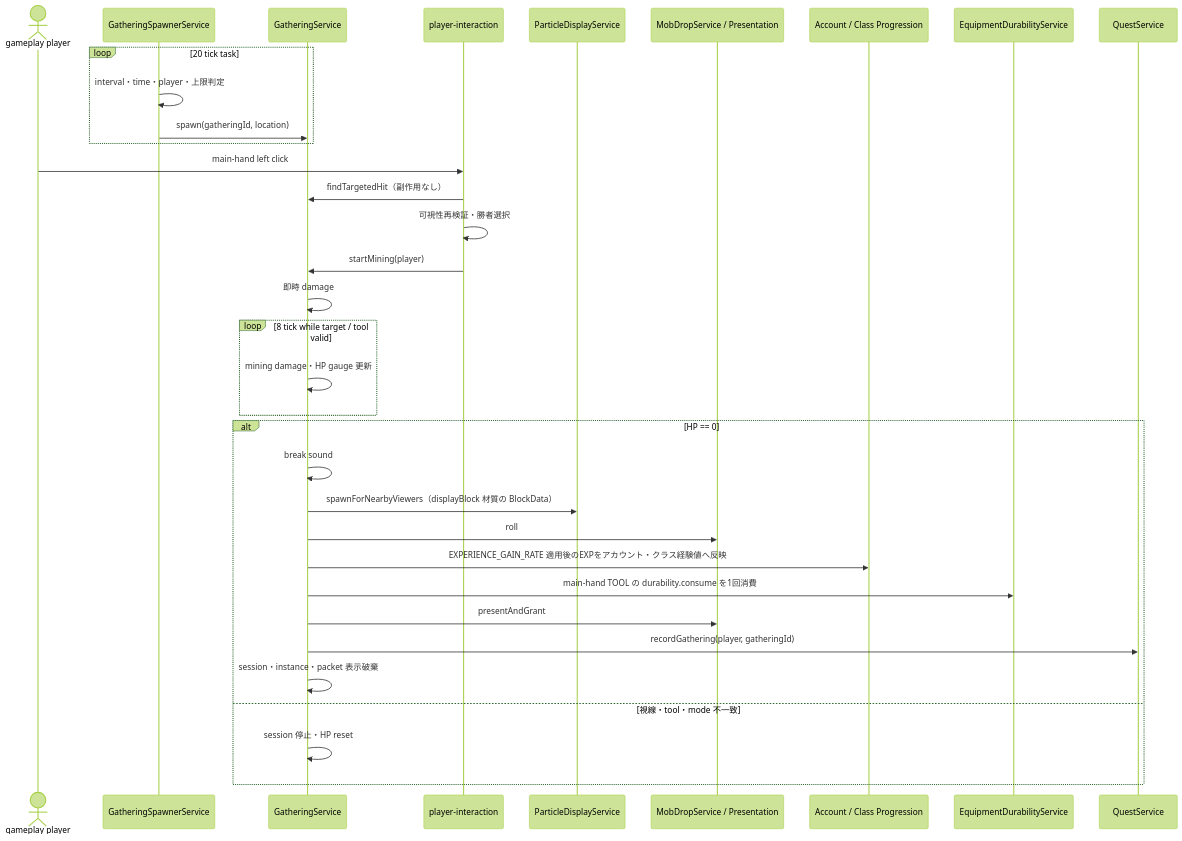
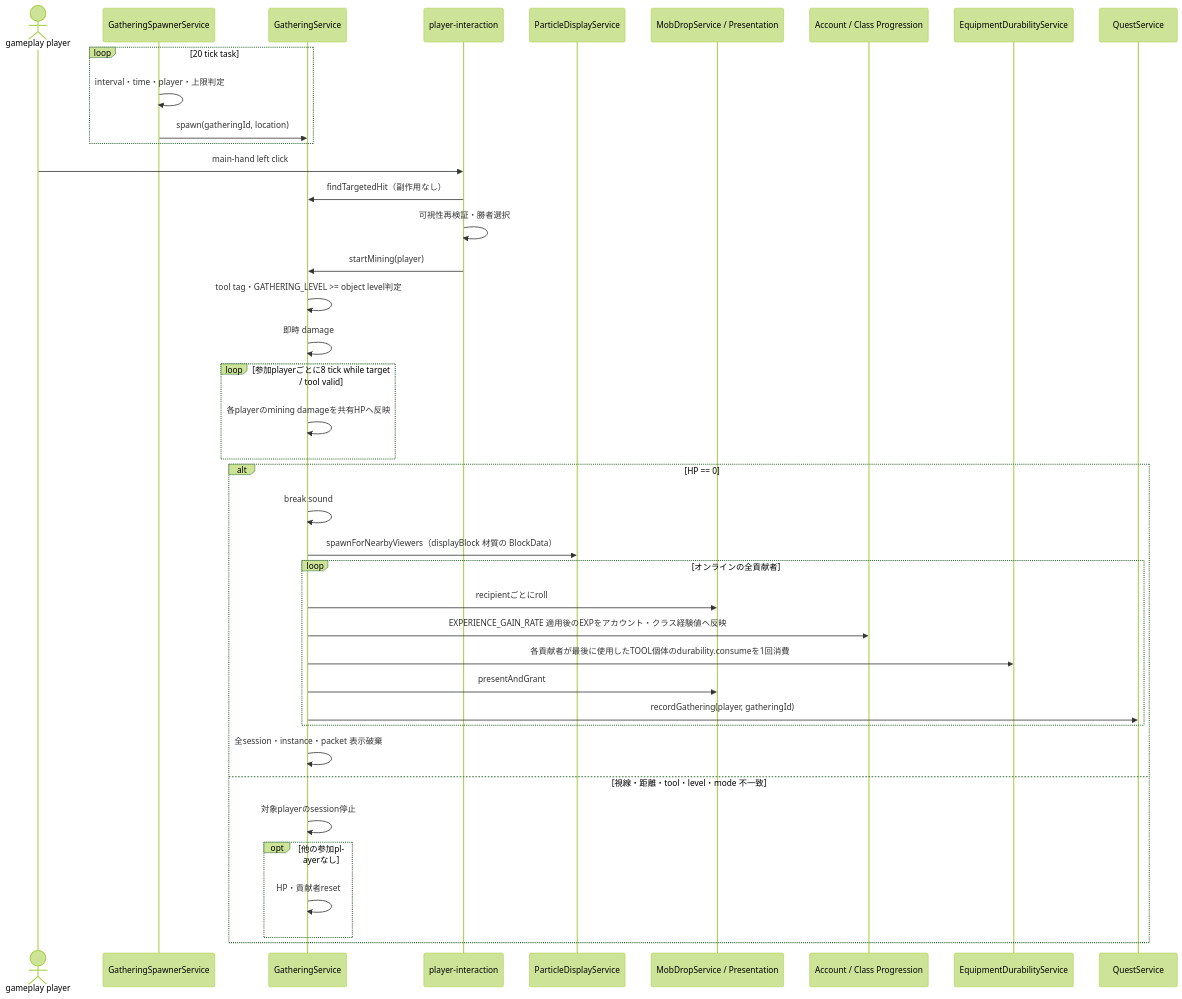
The seventh of 7 diagrams in 00_docs/10_Plugin設計書/feature/12-mob/12_4-統合フロー.md (maaasu/AstralRecord-Workspace), drawn with Mermaid (forest theme) before and after one commit. The commit also changed other lines of this file and 43 other files, not shown here.

````diff
--- a/00_docs/10_Plugin設計書/feature/12-mob/12_4-統合フロー.md
+++ b/00_docs/10_Plugin設計書/feature/12-mob/12_4-統合フロー.md
@@ -206,37 +206,43 @@
 ```mermaid
 sequenceDiagram
     actor Player as gameplay player
     participant Spawner as GatheringSpawnerService
     participant Gather as GatheringService
     participant Input as player-interaction
     participant Particle as ParticleDisplayService
     participant Drop as MobDropService / Presentation
     participant Progression as Account / Class Progression
     participant Durability as EquipmentDurabilityService
     participant Quest as QuestService
 
     loop 20 tick task
         Spawner->>Spawner: interval・time・player・上限判定
         Spawner->>Gather: spawn(gatheringId, location)
     end
     Player->>Input: main-hand left click
     Input->>Gather: findTargetedHit（副作用なし）
     Input->>Input: 可視性再検証・勝者選択
     Input->>Gather: startMining(player)
+    Gather->>Gather: tool tag・GATHERING_LEVEL >= object level判定
     Gather->>Gather: 即時 damage
-    loop 8 tick while target / tool valid
-        Gather->>Gather: mining damage・HP gauge 更新
+    loop 参加playerごとに8 tick while target / tool valid
+        Gather->>Gather: 各playerのmining damageを共有HPへ反映
     end
     alt HP == 0
         Gather->>Gather: break sound
         Gather->>Particle: spawnForNearbyViewers（displayBlock 材質の BlockData）
-        Gather->>Drop: roll
-        Gather->>Progression: EXPERIENCE_GAIN_RATE 適用後のEXPをアカウント・クラス経験値へ反映
-        Gather->>Durability: main-hand TOOL の durability.consume を1回消費
-        Gather->>Drop: presentAndGrant
-        Gather->>Quest: recordGathering(player, gatheringId)
-        Gather->>Gather: session・instance・packet 表示破棄
-    else 視線・tool・mode 不一致
-        Gather->>Gather: session 停止・HP reset
+        loop オンラインの全貢献者
+            Gather->>Drop: recipientごとにroll
+            Gather->>Progression: EXPERIENCE_GAIN_RATE 適用後のEXPをアカウント・クラス経験値へ反映
+            Gather->>Durability: 各貢献者が最後に使用したTOOL個体のdurability.consumeを1回消費
+            Gather->>Drop: presentAndGrant
+            Gather->>Quest: recordGathering(player, gatheringId)
+        end
+        Gather->>Gather: 全session・instance・packet 表示破棄
+    else 視線・距離・tool・level・mode 不一致
+        Gather->>Gather: 対象playerのsession停止
+        opt 他の参加playerなし
+            Gather->>Gather: HP・貢献者reset
+        end
     end
 ```
````
